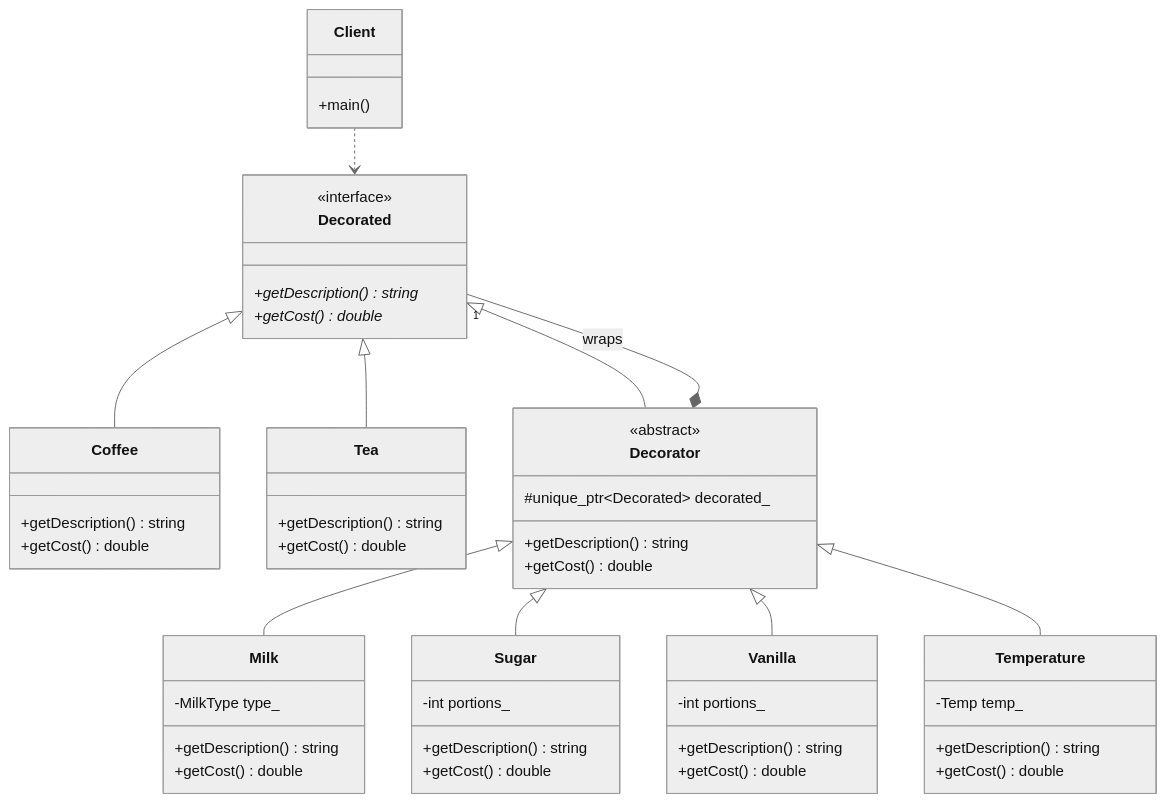
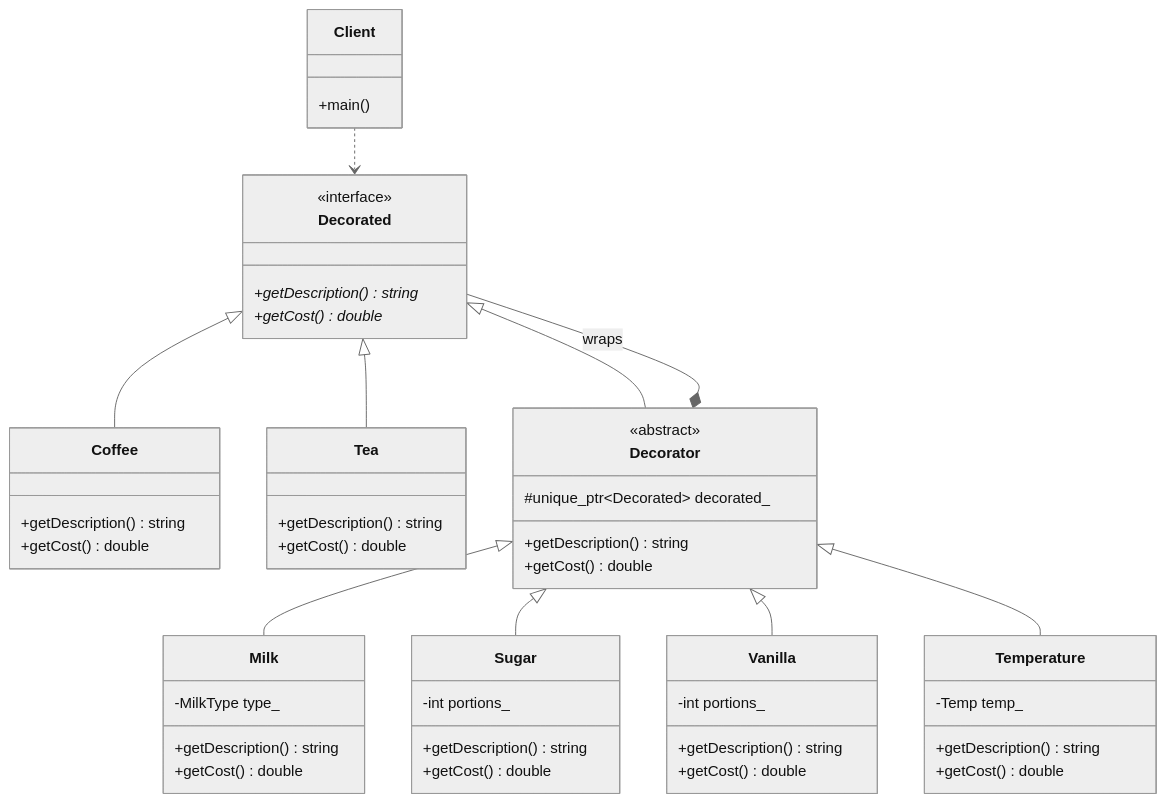
The diagram in 11_Decorator/Advanced/diagram.md (Cichlidfishexigency721/Modern-CPP-Design-Patterns), drawn with Mermaid (neutral theme) before and after one commit.

Commit message:
UML improvement

````diff
--- a/11_Decorator/Advanced/diagram.md
+++ b/11_Decorator/Advanced/diagram.md
@@ -3,69 +3,69 @@
 ```mermaid
 classDiagram
    class Decorated {
       <<interface>>
       +getDescription()* string
       +getCost()* double
    }
 
    class Coffee {
       +getDescription() string
       +getCost() double
    }
 
    class Tea {
       +getDescription() string
       +getCost() double
    }
 
    class Decorator {
       <<abstract>>
       #unique_ptr~Decorated~ decorated_
       +getDescription() string
       +getCost() double
    }
 
    class Milk {
       -MilkType type_
       +getDescription() string
       +getCost() double
    }
 
    class Sugar {
       -int portions_
       +getDescription() string
       +getCost() double
    }
 
    class Vanilla {
       -int portions_
       +getDescription() string
       +getCost() double
    }
 
    class Temperature {
       -Temp temp_
       +getDescription() string
       +getCost() double
    }
 
    class Client {
       +main()
    }
 
    %% Inheritance (Is_a) - No numbers
    Decorated <|-- Coffee
    Decorated <|-- Tea
    Decorated <|-- Decorator
    Decorator <|-- Milk
    Decorator <|-- Sugar
    Decorator <|-- Vanilla
    Decorator <|-- Temperature
 
    %% The "Is a" and "Has a" core logic
    %% Composition (Has_a) - Multiplicity "1" at the end
-   Decorator *-- "   1" Decorated : wraps
+   Decorator *-- Decorated : wraps
 
    %% Dependency - No numbers
    Client ..> Decorated
 ```
````
